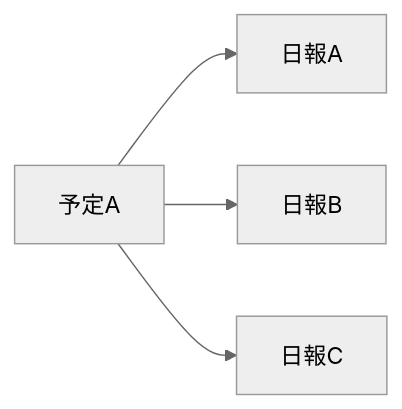
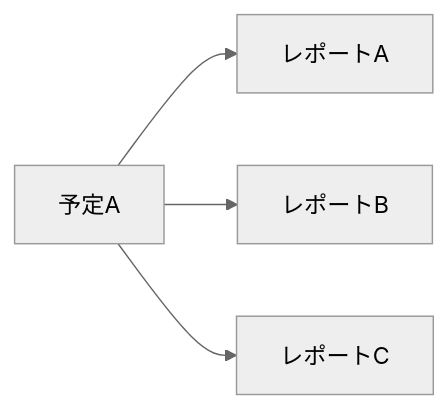
Before and after one commit to sndbox-llc/hugo_nipo_plus: the diagram in content/ja/docs/manual/event/connect/index.md, drawn with Mermaid (neutral theme). The commit also changed other lines of this file and 65 other files, not shown here.

```diff
--- a/content/ja/docs/manual/event/connect/index.md
+++ b/content/ja/docs/manual/event/connect/index.md
@@ -52,6 +52,6 @@
 {{<mermaid align="center">}}
 graph LR;
-  予定A --> 日報A
-  予定A --> 日報B
-  予定A --> 日報C
+  予定A --> レポートA
+  予定A --> レポートB
+  予定A --> レポートC
 {{< /mermaid >}}
```
